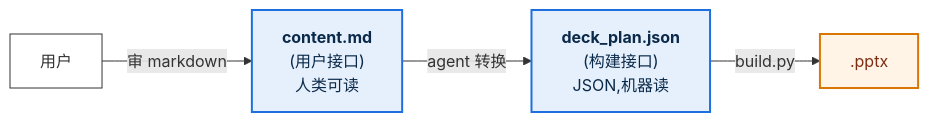
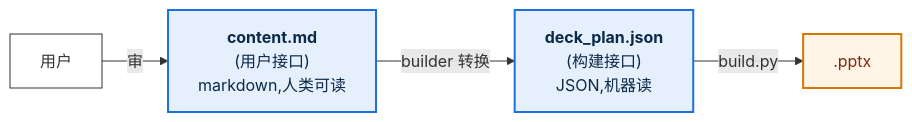
The eighth of 8 diagrams in docs/agent-internals.zh.md (pcliangx/iLovePPT), drawn with Mermaid before and after one commit. The commit also changed other lines of this file, not shown here.

First line of the commit message:
docs: rewrite agent-internals.zh.md clean for v3.1 architecture

````diff
--- a/docs/agent-internals.zh.md
+++ b/docs/agent-internals.zh.md
@@ -369,12 +349,12 @@
 ```mermaid
 flowchart LR
-    U[用户] -->|审 markdown| MD["<b>content.md</b><br/>(用户接口)<br/>人类可读"]
-    MD -->|agent 转换| JSON["<b>deck_plan.json</b><br/>(构建接口)<br/>JSON,机器读"]
+    U[用户] -->|审| MD["<b>content.md</b><br/>(用户接口)<br/>markdown,人类可读"]
+    MD -->|builder 转换| JSON["<b>deck_plan.json</b><br/>(构建接口)<br/>JSON,机器读"]
     JSON -->|build.py| PPTX[".pptx"]
     classDef u fill:#FFF,stroke:#333
     classDef interface fill:#E6F0FC,stroke:#1E6FE0,stroke-width:2px,color:#0B2A4A
     classDef tool fill:#FFF4E6,stroke:#D97706,stroke-width:2px,color:#7C2D12
     class U u
     class MD,JSON interface
     class PPTX tool
 ```
````
